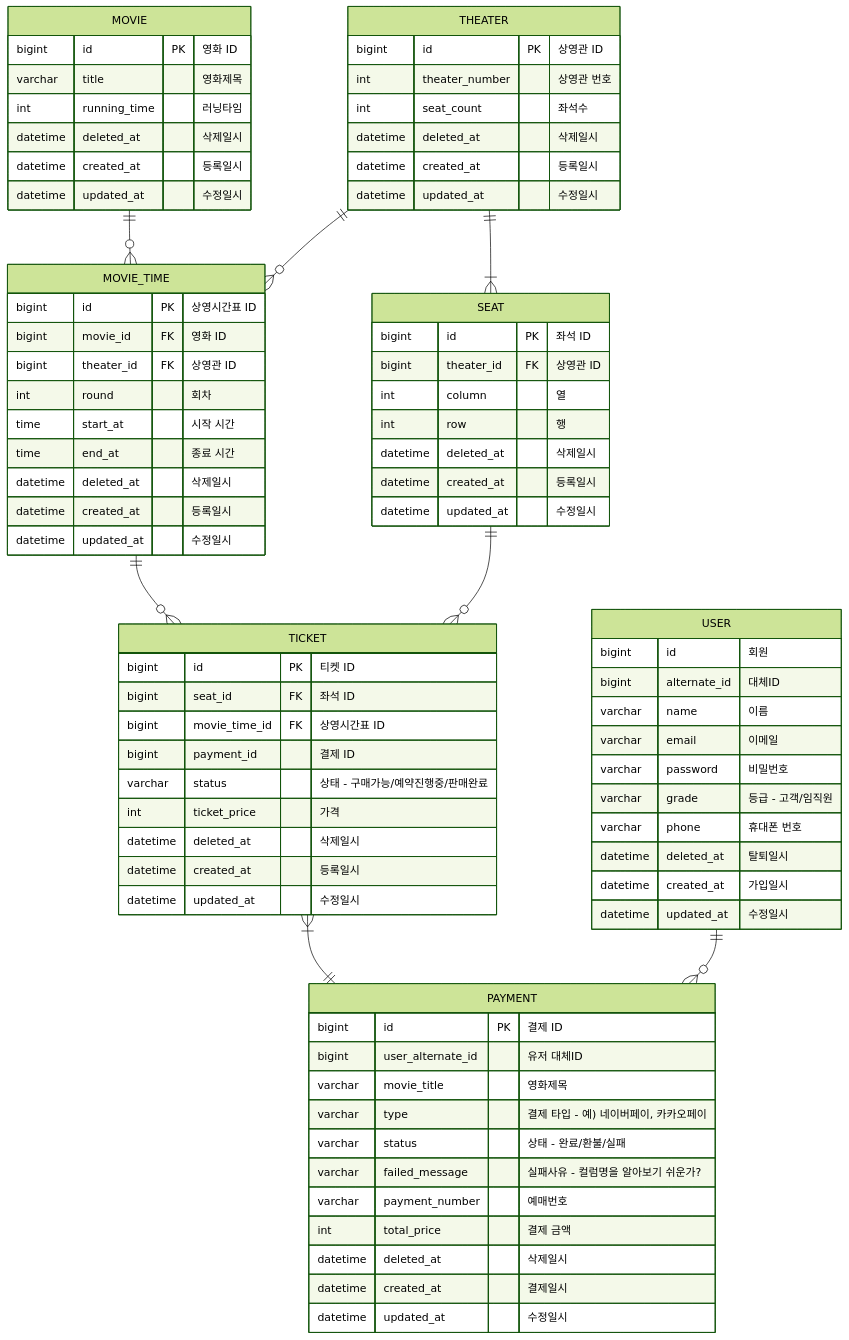
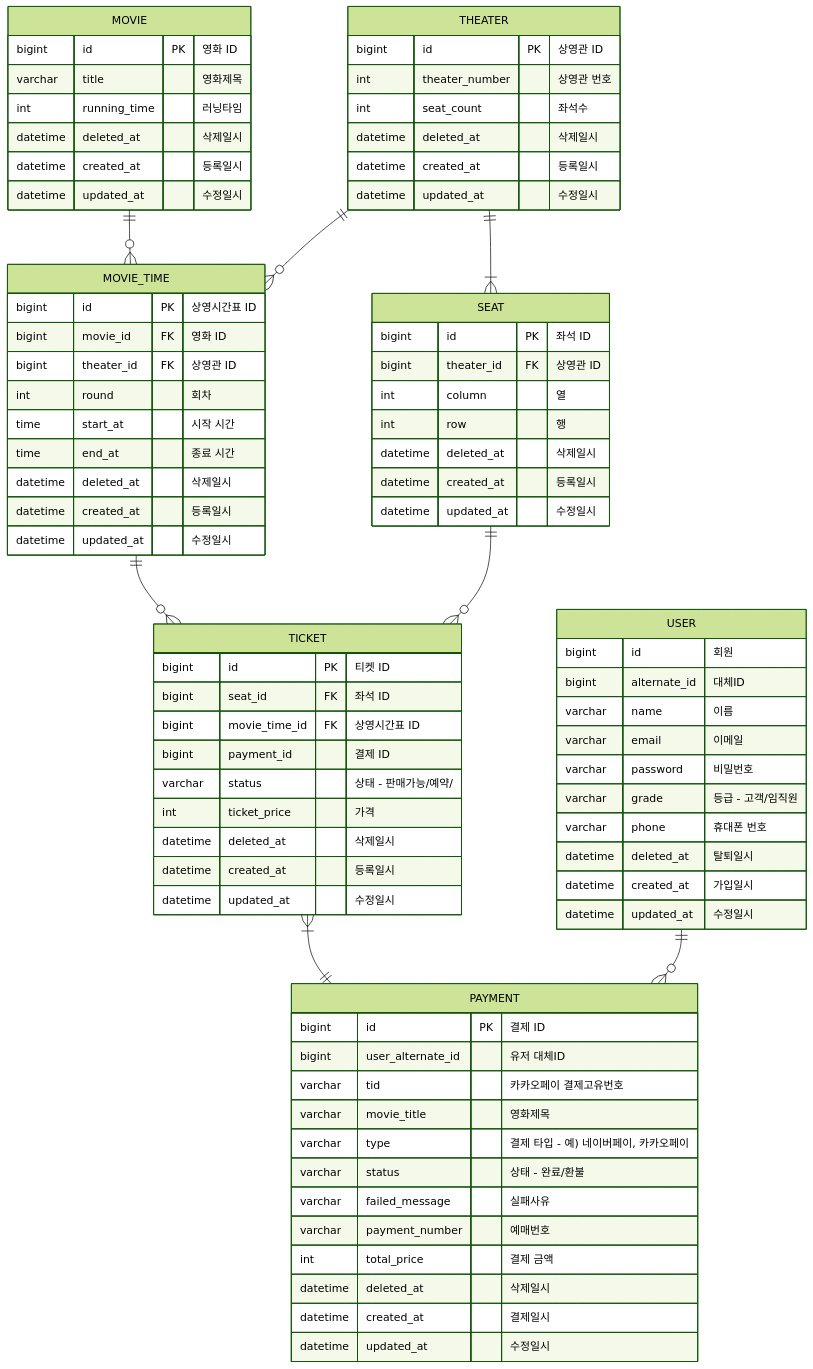
One commit to f-lab-edu/Ticketing changed the diagram in README.md. Above: the diagram before and after it, drawn with Mermaid (forest theme).

```diff
--- a/README.md
+++ b/README.md
@@ -91,7 +91,7 @@
         bigint seat_id FK "좌석 ID"
         bigint movie_time_id FK "상영시간표 ID"
         bigint payment_id "결제 ID"
-        varchar status "상태 - 구매가능/예약진행중/판매완료"
+        varchar status "상태 - 판매가능/예약/"
         int ticket_price "가격"
         datetime deleted_at "삭제일시"
         datetime created_at "등록일시"
@@ -101,10 +101,11 @@
     PAYMENT {
         bigint id PK "결제 ID"
         bigint user_alternate_id "유저 대체ID"
+        varchar tid "카카오페이 결제고유번호"
         varchar movie_title "영화제목"
         varchar type "결제 타입 - 예) 네이버페이, 카카오페이"
-        varchar status "상태 - 완료/환불/실패"
-        varchar failed_message "실패사유 - 컬럼명을 알아보기 쉬운가?"
+        varchar status "상태 - 완료/환불"
+        varchar failed_message "실패사유"
         varchar payment_number "예매번호"
         int total_price "결제 금액"
         datetime deleted_at "삭제일시"
```
